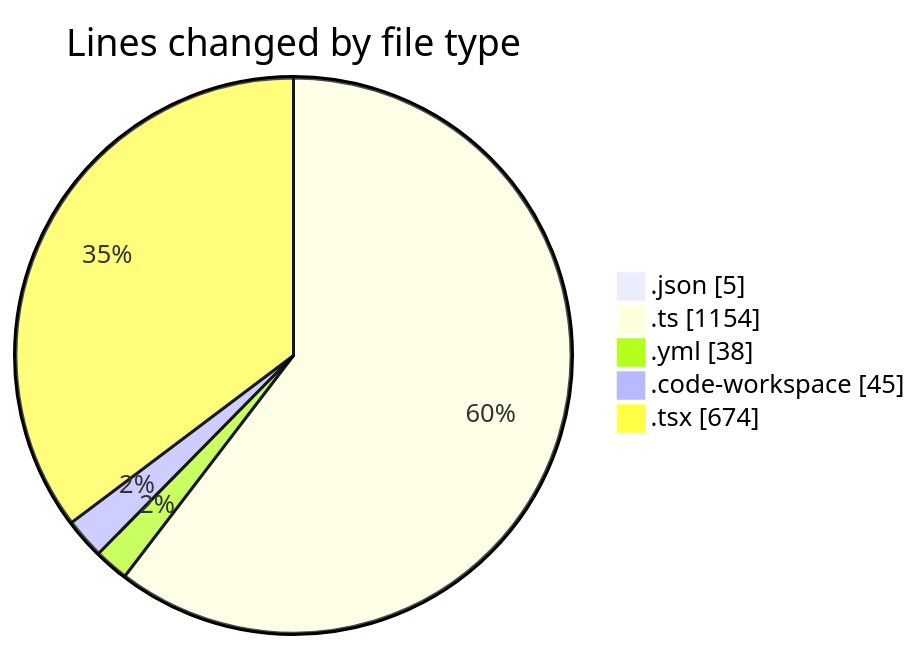
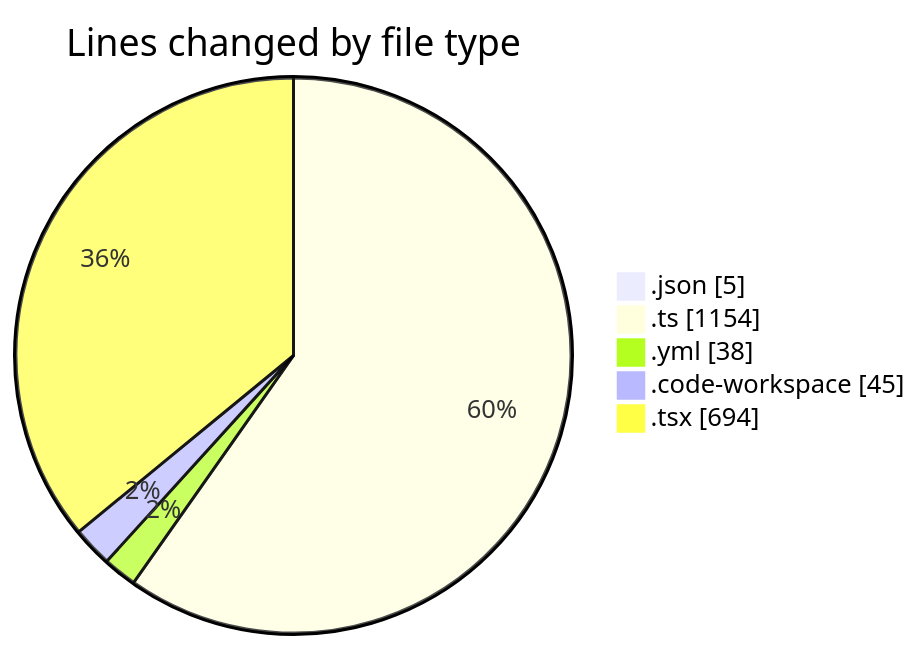
The first of 2 diagrams in 2025-11-25/eventscop-frontend-guide__workspace_/README.md (julien-gomy/code-tracking), drawn with Mermaid before and after one commit. The commit also changed other lines of this file and 1 other file, not shown here.

````diff
--- a/2025-11-25/eventscop-frontend-guide__workspace_/README.md
+++ b/2025-11-25/eventscop-frontend-guide__workspace_/README.md
@@ -31,9 +31,9 @@
 ```mermaid
 pie showData
 title Lines changed by file type
 ".json" : 5
 ".ts" : 1154
 ".yml" : 38
 ".code-workspace" : 45
-".tsx" : 674
+".tsx" : 694
 ```
````
